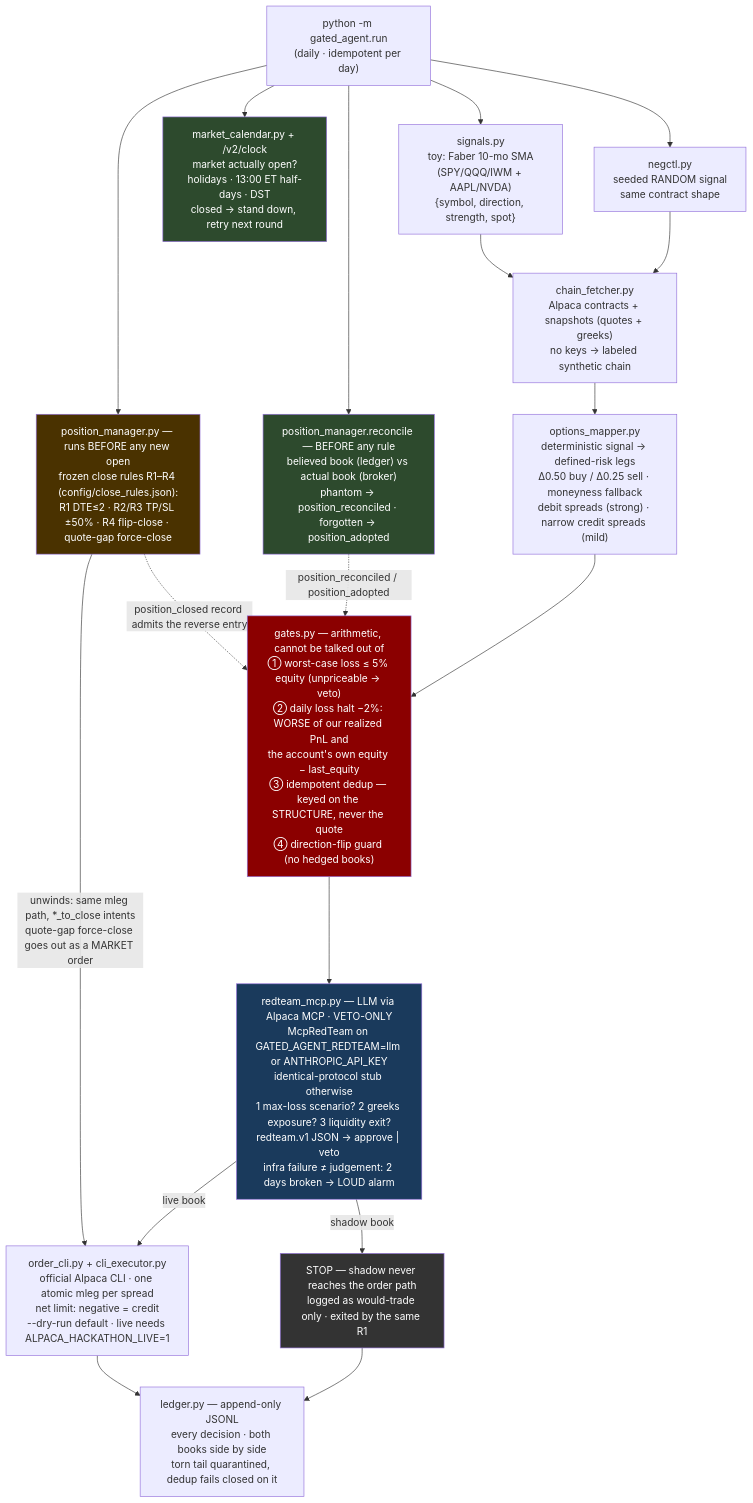
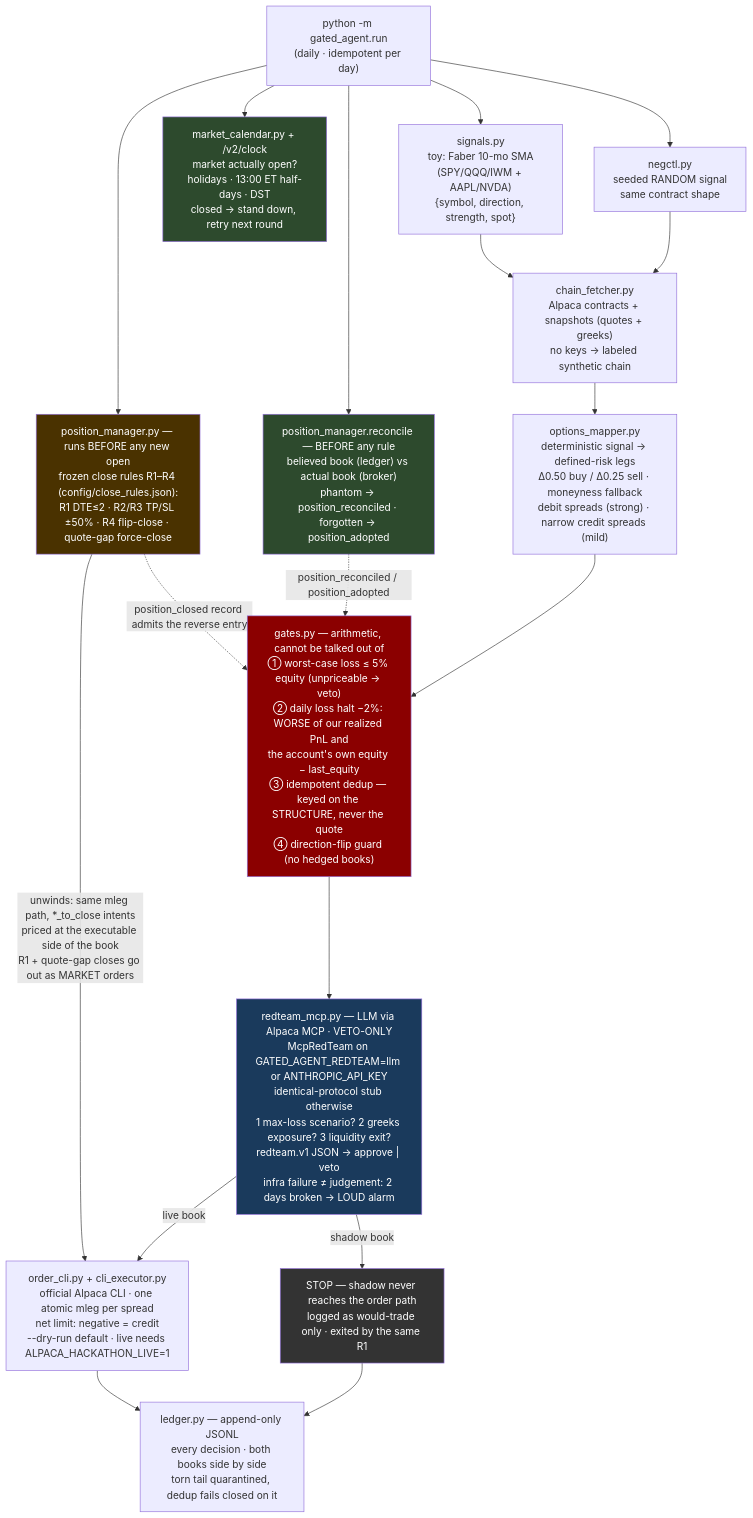
Before and after one commit to Theodore-Liu/gated-agent: the diagram in README.md, drawn with Mermaid. The commit also changed other lines of this file and 9 other files, not shown here.

````diff
--- a/README.md
+++ b/README.md
@@ -36,35 +36,35 @@
 ```mermaid
 flowchart TD
     RUN["python -m gated_agent.run<br/>(daily · idempotent per day)"]
     RUN --> EXITS["position_manager.py — runs BEFORE any new open<br/>frozen close rules R1–R4 (config/close_rules.json):<br/>R1 DTE≤2 · R2/R3 TP/SL ±50% · R4 flip-close · quote-gap force-close"]
     RUN --> CLK["market_calendar.py + /v2/clock<br/>market actually open?<br/>holidays · 13:00 ET half-days · DST<br/>closed → stand down, retry next round"]
     RUN --> RECON["position_manager.reconcile — BEFORE any rule<br/>believed book (ledger) vs actual book (broker)<br/>phantom → position_reconciled · forgotten → position_adopted"]
     RUN --> SIG["signals.py<br/>toy: Faber 10-mo SMA<br/>(SPY/QQQ/IWM + AAPL/NVDA)<br/>{symbol, direction, strength, spot}"]
     RUN --> NEG["negctl.py<br/>seeded RANDOM signal<br/>same contract shape"]
 
     SIG --> CHAIN["chain_fetcher.py<br/>Alpaca contracts + snapshots (quotes + greeks)<br/>no keys → labeled synthetic chain"]
     NEG --> CHAIN
 
     CHAIN --> MAP["options_mapper.py<br/>deterministic signal → defined-risk legs<br/>Δ0.50 buy / Δ0.25 sell · moneyness fallback<br/>debit spreads (strong) · narrow credit spreads (mild)"]
 
     MAP --> GATES["gates.py — arithmetic, cannot be talked out of<br/>① worst-case loss ≤ 5% equity (unpriceable → veto)<br/>② daily loss halt −2%: WORSE of our realized PnL and<br/>the account's own equity − last_equity<br/>③ idempotent dedup — keyed on the STRUCTURE, never the quote<br/>④ direction-flip guard (no hedged books)"]
 
     GATES --> RT["redteam_mcp.py — LLM via Alpaca MCP · VETO-ONLY<br/>McpRedTeam on GATED_AGENT_REDTEAM=llm or ANTHROPIC_API_KEY<br/>identical-protocol stub otherwise<br/>1 max-loss scenario? 2 greeks exposure? 3 liquidity exit?<br/>redteam.v1 JSON → approve | veto<br/>infra failure ≠ judgement: 2 days broken → LOUD alarm"]
 
     RT -->|live book| CLI["order_cli.py + cli_executor.py<br/>official Alpaca CLI · one atomic mleg per spread<br/>net limit: negative = credit<br/>--dry-run default · live needs ALPACA_HACKATHON_LIVE=1"]
     RT -->|shadow book| STOP["STOP — shadow never reaches the order path<br/>logged as would-trade only · exited by the same R1"]
 
-    EXITS -->|"unwinds: same mleg path, *_to_close intents<br/>quote-gap force-close goes out as a MARKET order"| CLI
+    EXITS -->|"unwinds: same mleg path, *_to_close intents<br/>priced at the executable side of the book<br/>R1 + quote-gap closes go out as MARKET orders"| CLI
     EXITS -.->|"position_closed record admits the reverse entry"| GATES
     RECON -.->|"position_reconciled / position_adopted"| GATES
 
     CLI --> LED["ledger.py — append-only JSONL<br/>every decision · both books side by side<br/>torn tail quarantined, dedup fails closed on it"]
     STOP --> LED
 
     style CLK fill:#2d4a2d,color:#fff
     style RECON fill:#2d4a2d,color:#fff
     style EXITS fill:#4a3200,color:#fff
     style GATES fill:#8b0000,color:#fff
     style RT fill:#1a3a5c,color:#fff
     style STOP fill:#333,color:#fff
 ```
````
